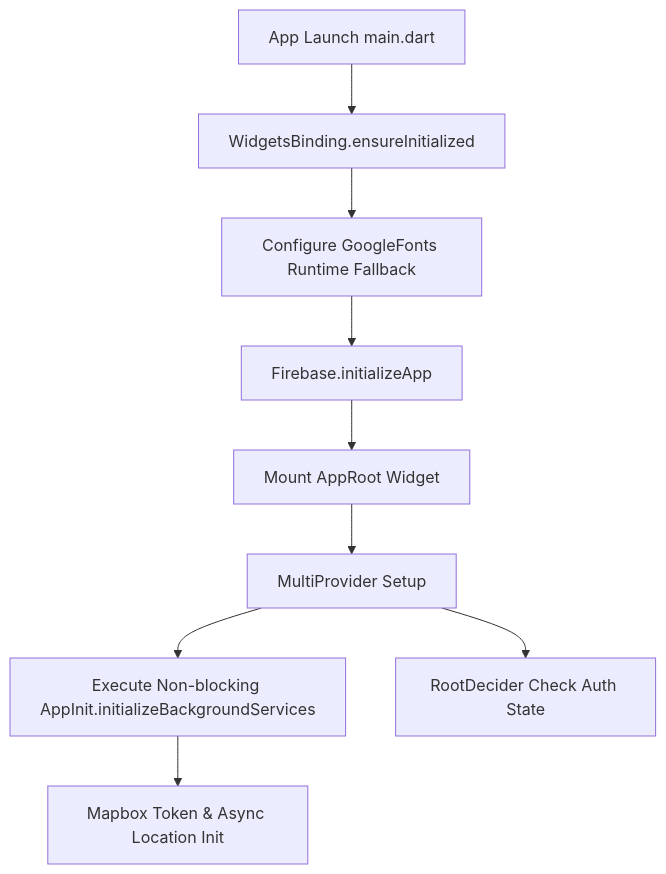
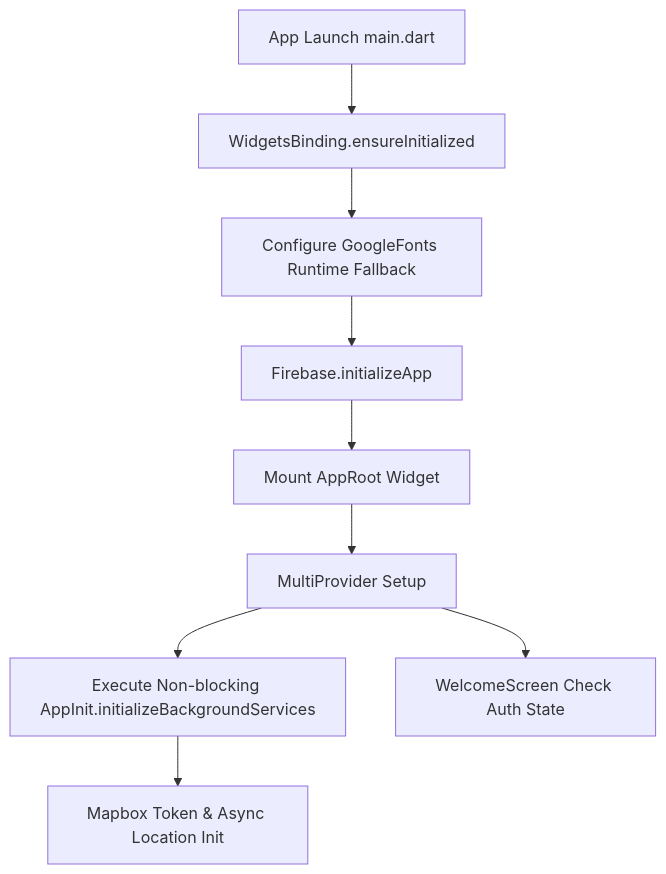
One commit to Kosenaalam/agrozemex changed the first of 12 diagrams in docs/APP_FLOW.md. Above: the diagram before and after it, drawn with Mermaid. The commit also changed other lines of this file and 8 other files, not shown here.

````diff
--- a/docs/APP_FLOW.md
+++ b/docs/APP_FLOW.md
@@ -11,11 +11,11 @@
 ```mermaid
 flowchart TD
     A[App Launch main.dart] --> B[WidgetsBinding.ensureInitialized]
     B --> C[Configure GoogleFonts Runtime Fallback]
     C --> D[Firebase.initializeApp]
     D --> E[Mount AppRoot Widget]
     E --> F[MultiProvider Setup]
     F --> G[Execute Non-blocking AppInit.initializeBackgroundServices]
     G --> H[Mapbox Token & Async Location Init]
-    F --> I[RootDecider Check Auth State]
+    F --> I[WelcomeScreen Check Auth State]
 ```
````
